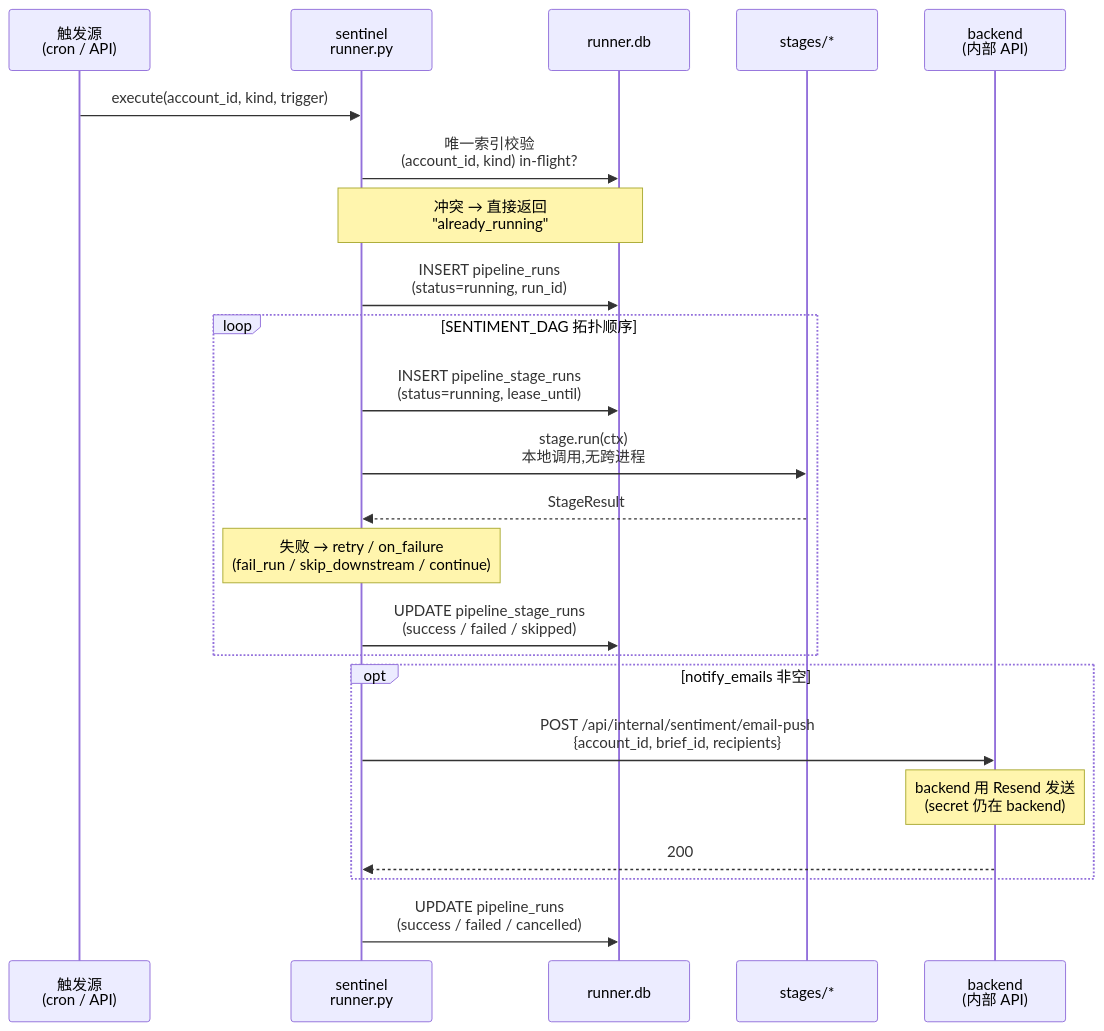
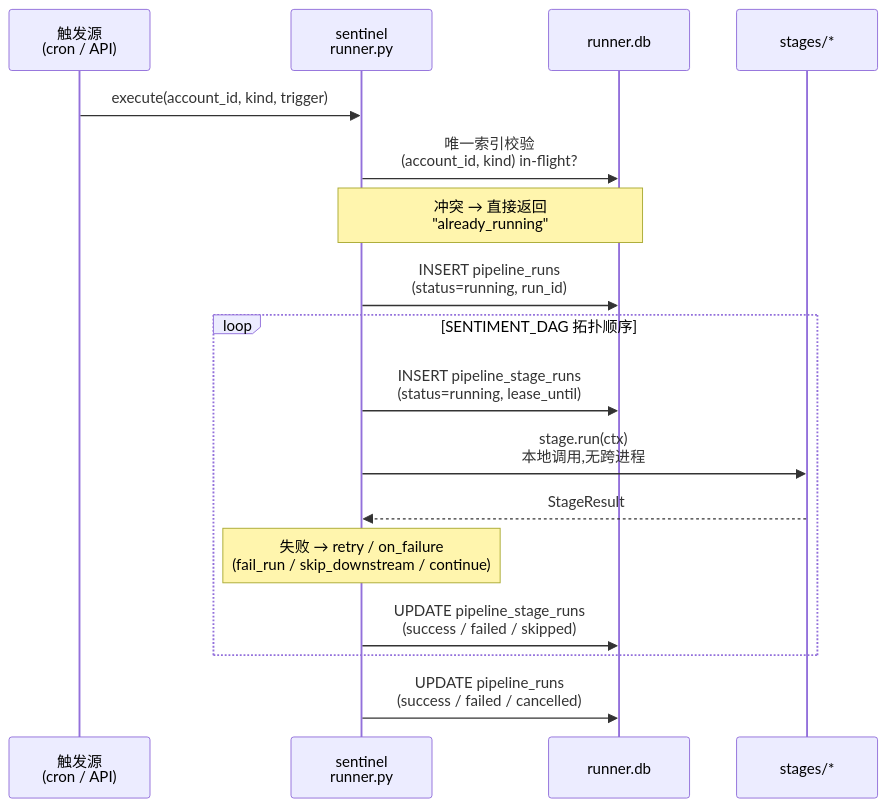
The third of 5 diagrams in services/sentinel-service/docs/sentiment-architecture-v2.md (sr007-cxy/Vigilath), drawn with Mermaid before and after one commit. The commit also changed other lines of this file, not shown here.

First line of the commit message:
docs(sentiment): v2 架构去掉邮件通道 + FE 不实时显示任务状态

````diff
--- a/services/sentinel-service/docs/sentiment-architecture-v2.md
+++ b/services/sentinel-service/docs/sentiment-architecture-v2.md
@@ -137,26 +146,20 @@
 ```mermaid
 sequenceDiagram
     participant Trigger as 触发源<br/>(cron / API)
     participant Runner as sentinel<br/>runner.py
     participant DB as runner.db
     participant Stage as stages/*
-    participant BE as backend<br/>(内部 API)
 
     Trigger->>Runner: execute(account_id, kind, trigger)
     Runner->>DB: 唯一索引校验<br/>(account_id, kind) in-flight?
     Note over Runner,DB: 冲突 → 直接返回<br/>"already_running"
     Runner->>DB: INSERT pipeline_runs<br/>(status=running, run_id)
     loop SENTIMENT_DAG 拓扑顺序
         Runner->>DB: INSERT pipeline_stage_runs<br/>(status=running, lease_until)
         Runner->>Stage: stage.run(ctx)<br/>本地调用,无跨进程
         Stage-->>Runner: StageResult
         Note over Runner: 失败 → retry / on_failure<br/>(fail_run / skip_downstream / continue)
         Runner->>DB: UPDATE pipeline_stage_runs<br/>(success / failed / skipped)
     end
-    opt notify_emails 非空
-        Runner->>BE: POST /api/internal/sentiment/email-push<br/>{account_id, brief_id, recipients}
-        Note over BE: backend 用 Resend 发送<br/>(secret 仍在 backend)
-        BE-->>Runner: 200
-    end
     Runner->>DB: UPDATE pipeline_runs<br/>(success / failed / cancelled)
 ```
````
